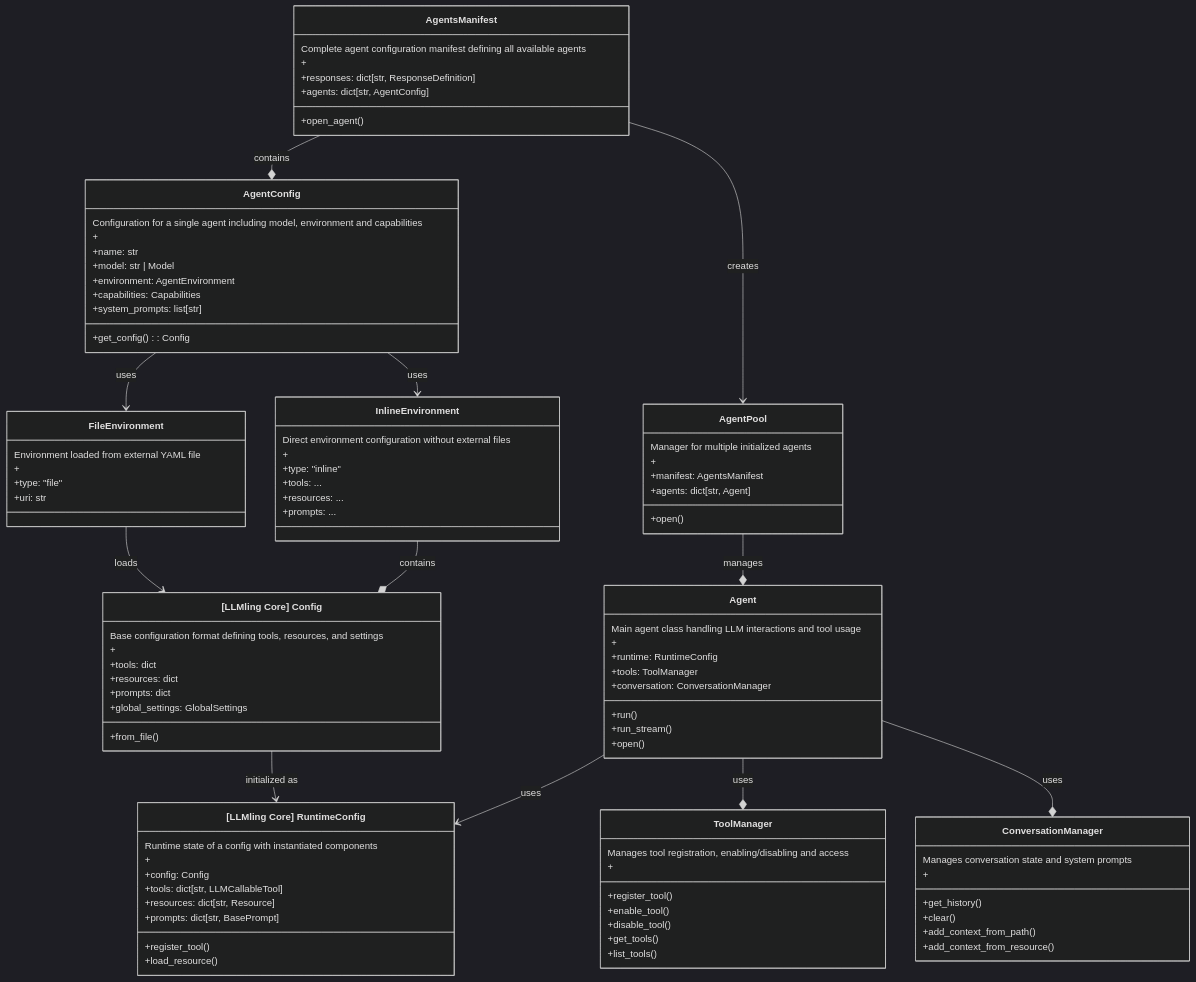
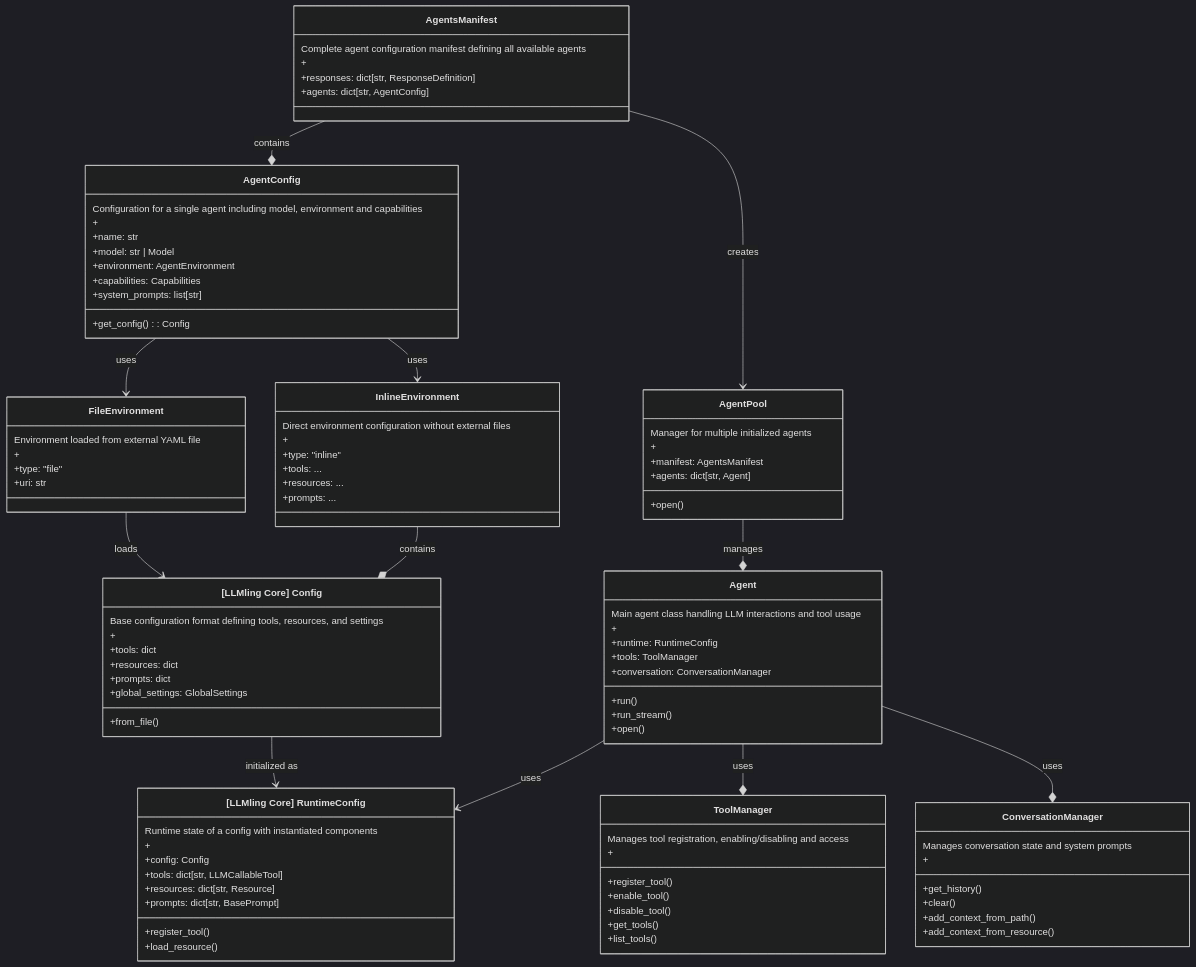
Before and after one commit to uk0/llmling-agent: the diagram in README.md, drawn with Mermaid (dark theme). The commit also changed 4 other files, not shown here.

```diff
--- a/README.md
+++ b/README.md
@@ -817,7 +817,6 @@
         +
         +responses: dict[str, ResponseDefinition]
         +agents: dict[str, AgentConfig]
-        +open_agent()
     }
 
     class AgentConfig {
```
